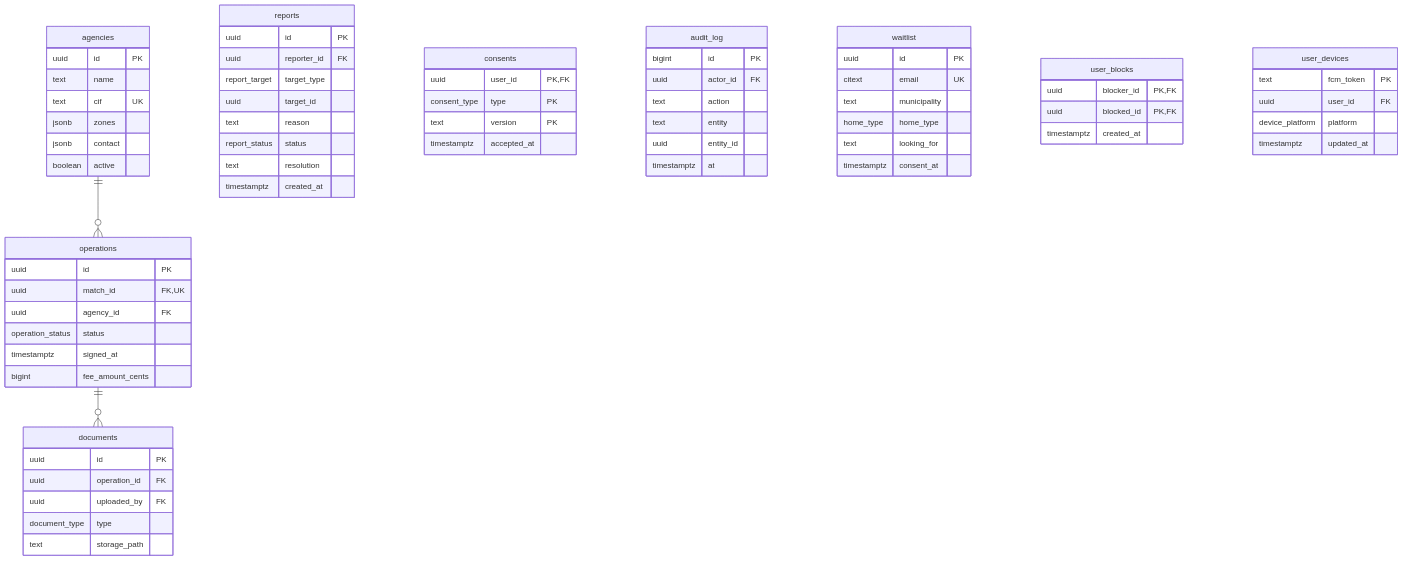
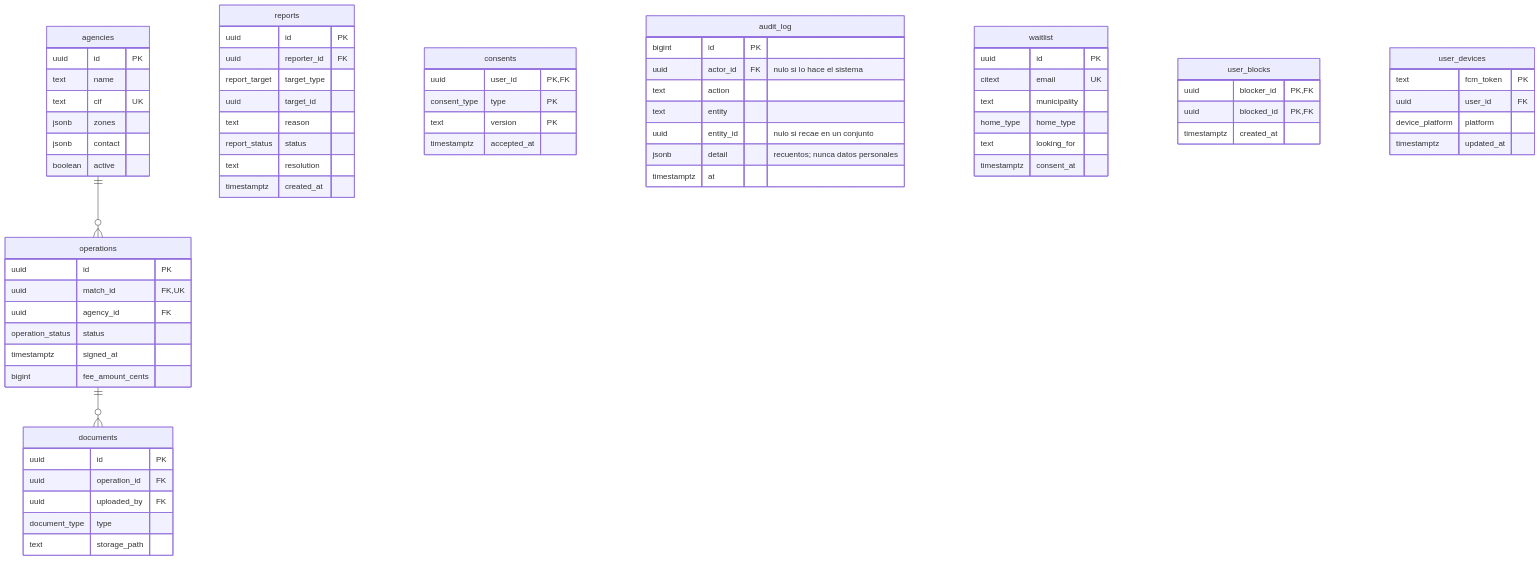
One commit to lcasadov/ChangeHouse changed the fourth of 4 diagrams in docs/datamodel.md. Above: the diagram before and after it, drawn with Mermaid. The commit also changed other lines of this file and 99 other files, not shown here.

````diff
--- a/docs/datamodel.md
+++ b/docs/datamodel.md
@@ -168,71 +170,72 @@
 ```mermaid
 erDiagram
     operations {
         uuid id PK
         uuid match_id FK,UK
         uuid agency_id FK
         operation_status status
         timestamptz signed_at
         bigint fee_amount_cents
     }
     agencies {
         uuid id PK
         text name
         text cif UK
         jsonb zones
         jsonb contact
         boolean active
     }
     documents {
         uuid id PK
         uuid operation_id FK
         uuid uploaded_by FK
         document_type type
         text storage_path
     }
     reports {
         uuid id PK
         uuid reporter_id FK
         report_target target_type
         uuid target_id
         text reason
         report_status status
         text resolution
         timestamptz created_at
     }
     consents {
         uuid user_id PK,FK
         consent_type type PK
         text version PK
         timestamptz accepted_at
     }
     audit_log {
         bigint id PK
-        uuid actor_id FK
+        uuid actor_id FK "nulo si lo hace el sistema"
         text action
         text entity
-        uuid entity_id
+        uuid entity_id "nulo si recae en un conjunto"
+        jsonb detail "recuentos; nunca datos personales"
         timestamptz at
     }
     waitlist {
         uuid id PK
         citext email UK
         text municipality
         home_type home_type
         text looking_for
         timestamptz consent_at
     }
     user_blocks {
         uuid blocker_id PK,FK
         uuid blocked_id PK,FK
         timestamptz created_at
     }
     user_devices {
         text fcm_token PK
         uuid user_id FK
         device_platform platform
         timestamptz updated_at
     }
     agencies ||--o{ operations : ""
     operations ||--o{ documents : ""
 ```
````
